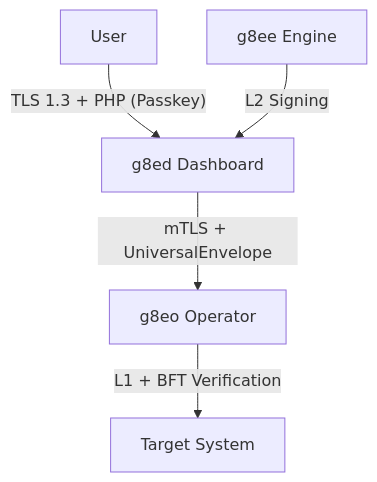
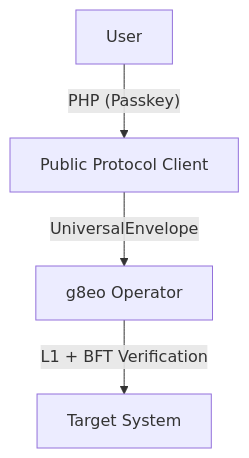
The diagram in docs/architecture/security.md (g8e-ai/g8e), drawn with Mermaid before and after one commit. The commit also changed other lines of this file and 36 other files, not shown here.

````diff
--- a/docs/architecture/security.md
+++ b/docs/architecture/security.md
@@ -61,7 +61,6 @@
 ```mermaid
 graph TD
-    User[User] -- "TLS 1.3 + PHP (Passkey)" --> g8ed
-    g8ed[g8ed Dashboard] -- "mTLS + UniversalEnvelope" --> g8eo
-    g8ee[g8ee Engine] -- "L2 Signing" --> g8ed
-    g8eo[g8eo Operator] -- "L1 + BFT Verification" --> Host[Target System]
+    User[User] -- "PHP (Passkey)" --> Client[Public Protocol Client]
+    Client -- "UniversalEnvelope" --> g8eo[g8eo Operator]
+    g8eo -- "L1 + BFT Verification" --> Host[Target System]
 ```
````
